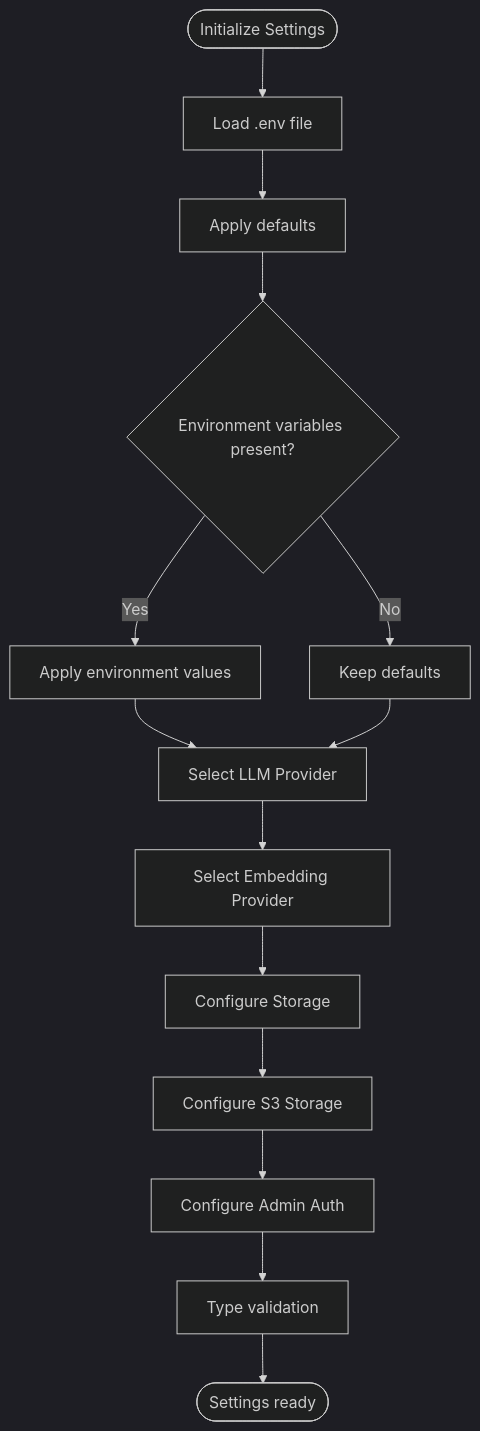
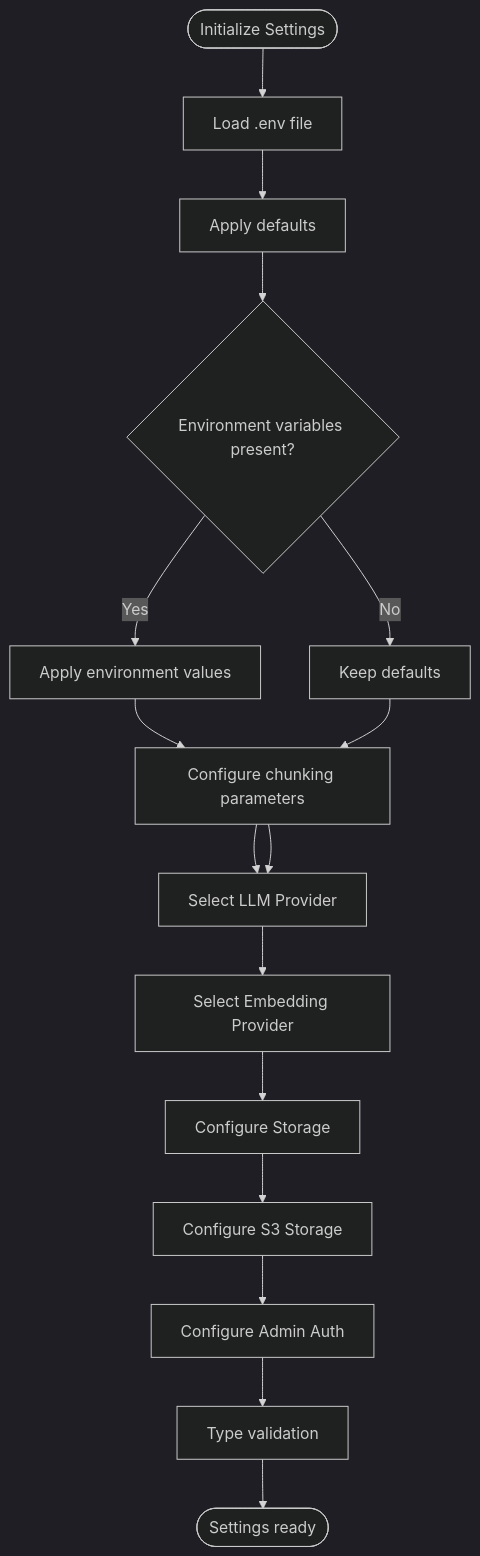
Before and after one commit to ognelis/cafetera_hr_bot: the fifth of 10 diagrams in .qoder/repowiki/en/content/Configuration Management.md, drawn with Mermaid (dark theme). The commit also changed other lines of this file and 16 other files, not shown here.

````diff
--- a/.qoder/repowiki/en/content/Configuration Management.md
+++ b/.qoder/repowiki/en/content/Configuration Management.md
@@ -278,16 +314,18 @@
 ```mermaid
 flowchart TD
 Start(["Initialize Settings"]) --> LoadEnv["Load .env file"]
 LoadEnv --> Defaults["Apply defaults"]
 Defaults --> EnvOverride{"Environment variables present?"}
 EnvOverride --> |Yes| ApplyEnv["Apply environment values"]
 EnvOverride --> |No| KeepDefaults["Keep defaults"]
-ApplyEnv --> ProviderSelect["Select LLM Provider"]
+ApplyEnv --> ChunkingConfig["Configure chunking parameters"]
+ChunkingConfig --> ProviderSelect["Select LLM Provider"]
 ProviderSelect --> EmbeddingSelect["Select Embedding Provider"]
 EmbeddingSelect --> StorageConfig["Configure Storage"]
 StorageConfig --> S3Config["Configure S3 Storage"]
 S3Config --> AdminConfig["Configure Admin Auth"]
 AdminConfig --> Validate["Type validation"]
-KeepDefaults --> ProviderSelect
+KeepDefaults --> ChunkingConfig
+ChunkingConfig --> ProviderSelect
 Validate --> Done(["Settings ready"])
 ```
````
